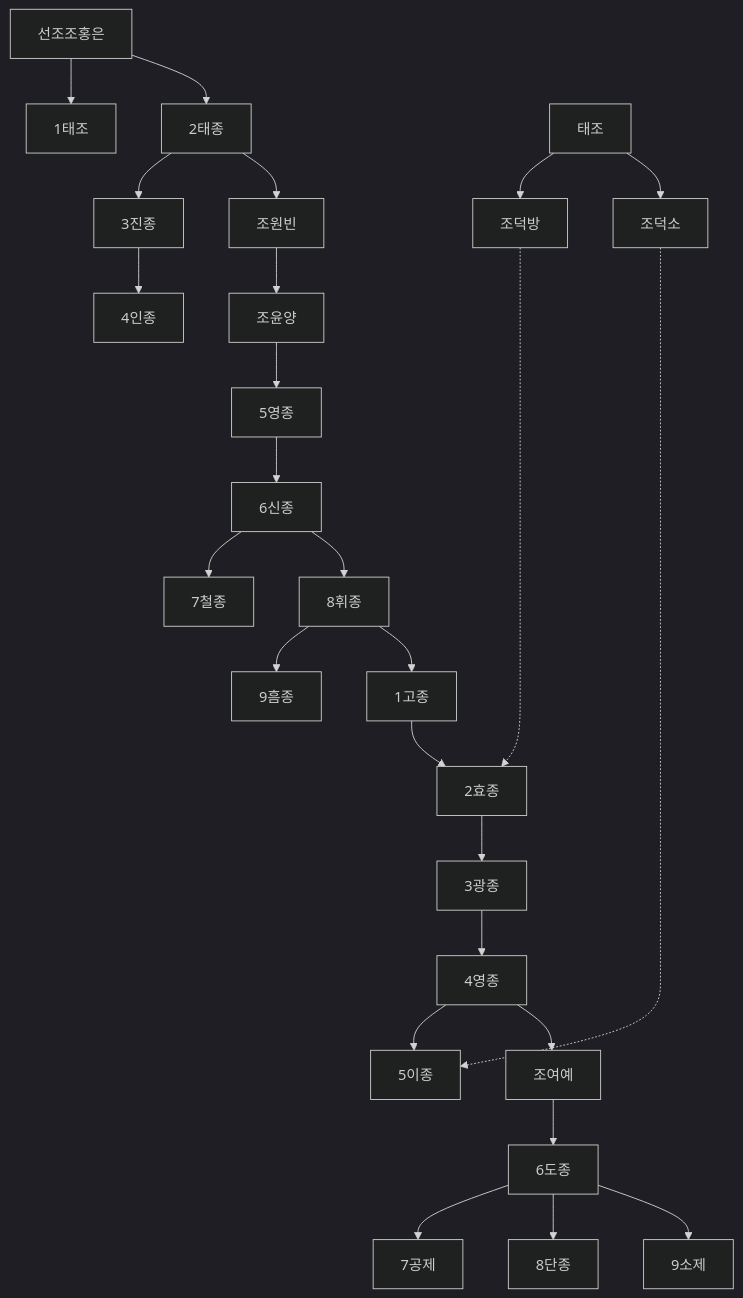
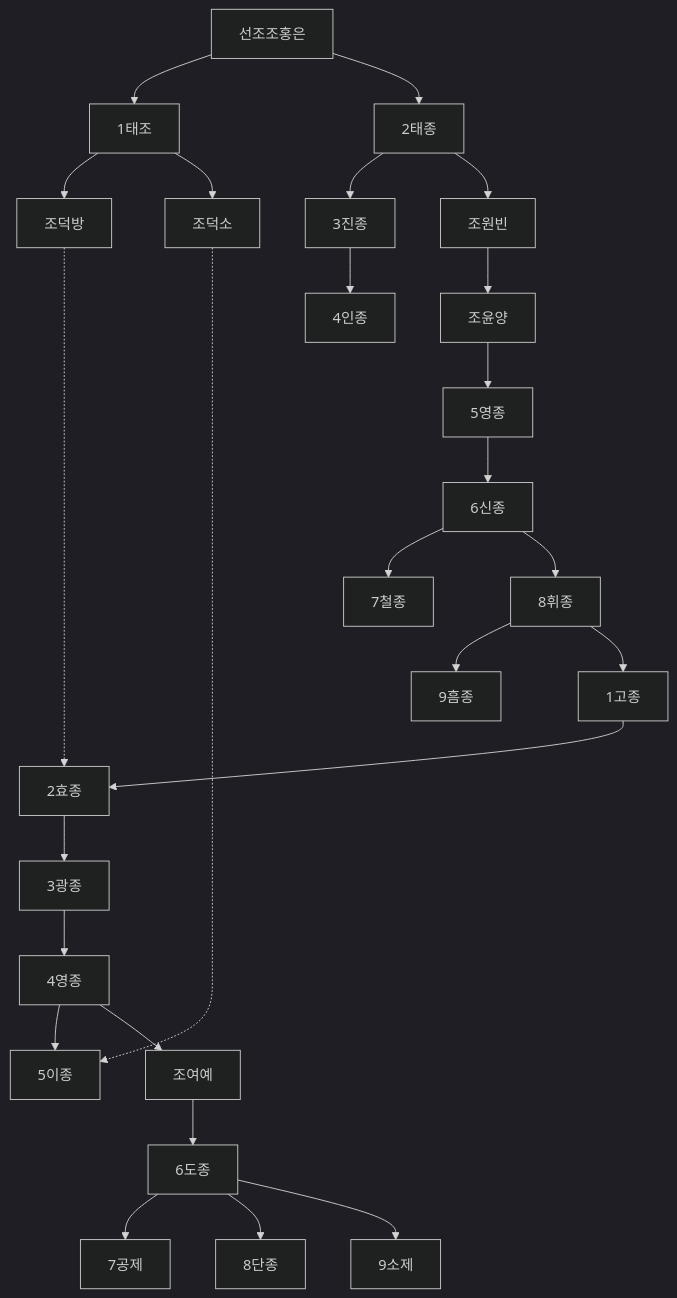
The first of 2 diagrams in 중국사/송왕조.md (daewonyoon/historigram), drawn with Mermaid (dark theme) before and after one commit. The commit also changed 1 other file, not shown here.

Commit message:
바울, 송조

````diff
--- a/중국사/송왕조.md
+++ b/중국사/송왕조.md
@@ -5,13 +5,13 @@
 ```mermaid
 graph TD
 선조조홍은 --> 1태조
 선조조홍은 --> 2태종 --> 3진종 --> 4인종
 2태종 --> 조원빈 --> 조윤양 --> 5영종 --> 6신종 --> 7철종
 6신종 --> 8휘종 --> 9흠종
-태조 --> 조덕방 -......-> 2효종
-태조 --> 조덕소 -.........-> 5이종
+1태조 --> 조덕방 -......-> 2효종
+1태조 --> 조덕소 -.........-> 5이종
 8휘종 --> 1고종 --> 2효종 --> 3광종 --> 4영종 --> 5이종 
 4영종 --> 조여예 --> 6도종 --> 7공제
 6도종 --> 8단종
 6도종 --> 9소제
 ```
````
